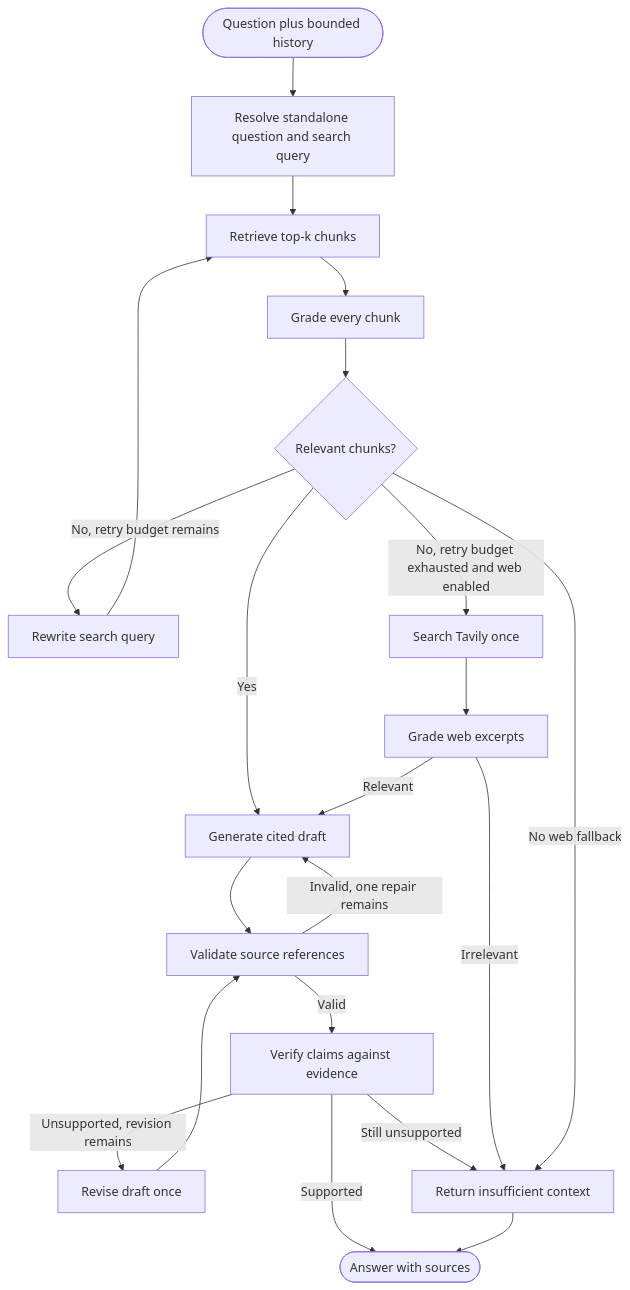
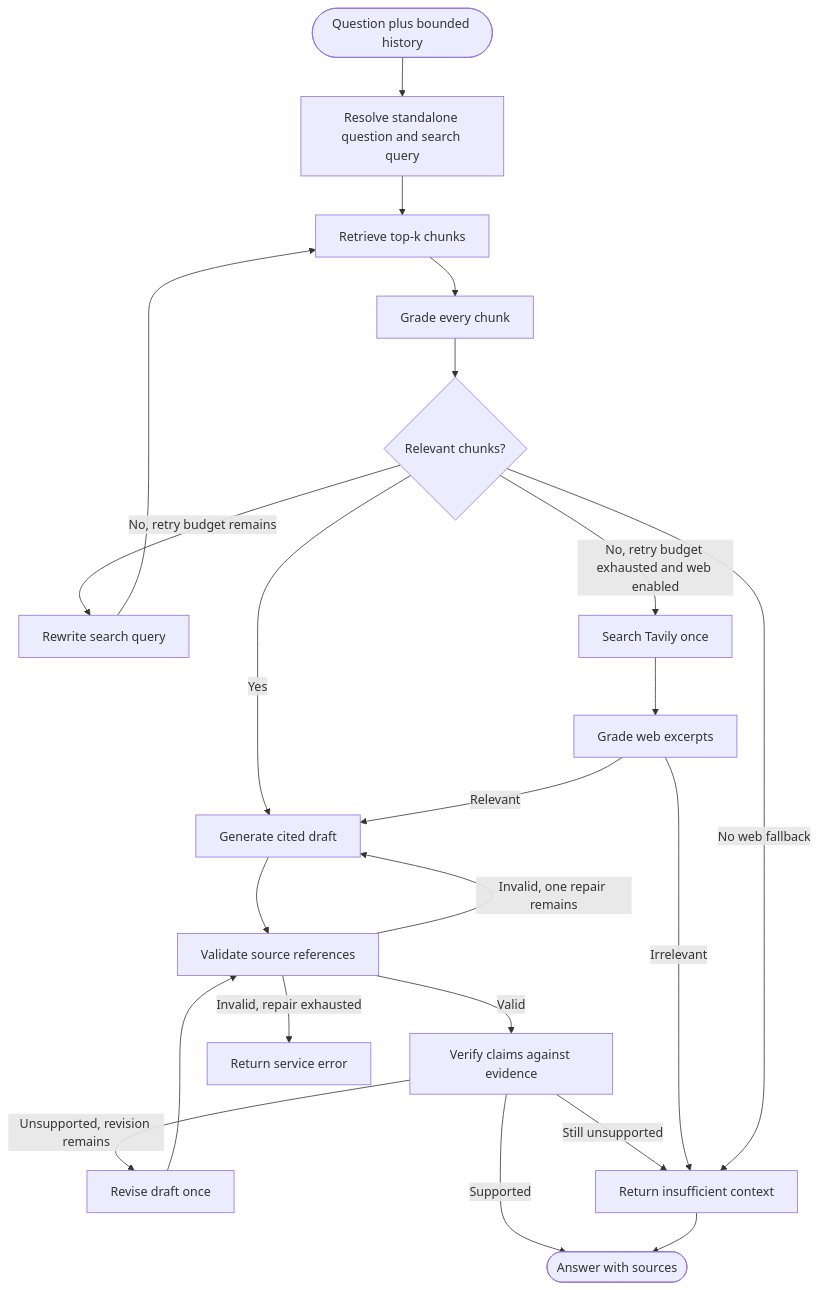
One commit to Sonam-icon/know-it changed the second of 2 diagrams in README.md. Above: the diagram before and after it, drawn with Mermaid. The commit also changed other lines of this file and 1 other file, not shown here.

```diff
--- a/README.md
+++ b/README.md
@@ -51,23 +51,24 @@
 ~~~mermaid
 flowchart TD
     Start([Question plus bounded history]) --> Analyze[Resolve standalone question and search query]
     Analyze --> Retrieve[Retrieve top-k chunks]
     Retrieve --> Grade[Grade every chunk]
     Grade --> Decision{Relevant chunks?}
     Decision -->|Yes| Generate[Generate cited draft]
     Generate --> Cite[Validate source references]
     Cite -->|Valid| Verify[Verify claims against evidence]
     Cite -->|Invalid, one repair remains| Generate
+    Cite -->|Invalid, repair exhausted| ProviderError[Return service error]
     Verify -->|Supported| Done([Answer with sources])
     Verify -->|Unsupported, revision remains| Revise[Revise draft once]
     Revise --> Cite
     Verify -->|Still unsupported| Abstain
     Decision -->|No, retry budget remains| Rewrite[Rewrite search query]
     Rewrite --> Retrieve
     Decision -->|No, retry budget exhausted and web enabled| Web[Search Tavily once]
     Web --> WebGrade[Grade web excerpts]
     WebGrade -->|Relevant| Generate
     WebGrade -->|Irrelevant| Abstain[Return insufficient context]
     Decision -->|No web fallback| Abstain
     Abstain --> Done
 ~~~
```
